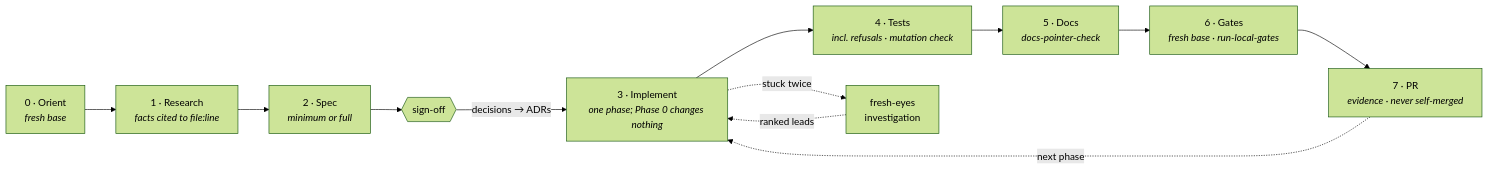
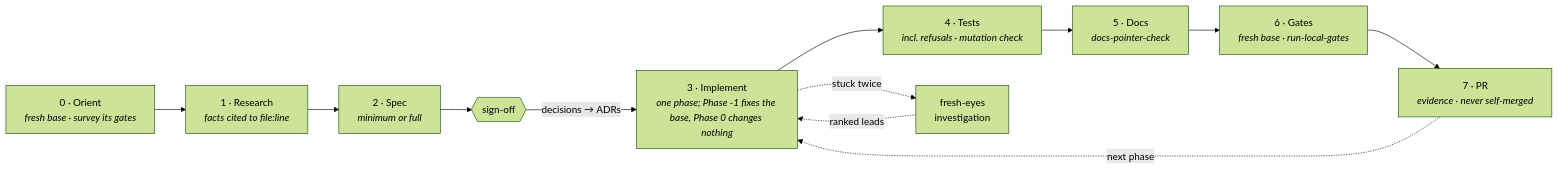
Before and after one commit to kumouri/mesmer-grimoire: the diagram in zethus/README.md, drawn with Mermaid (forest theme). The commit also changed other lines of this file and 22 other files, not shown here.

````diff
--- a/zethus/README.md
+++ b/zethus/README.md
@@ -17,14 +17,14 @@
 ```mermaid
 flowchart LR
-    O["0 · Orient<br/><i>fresh base</i>"] --> R["1 · Research<br/><i>facts cited to file:line</i>"]
+    O["0 · Orient<br/><i>fresh base · survey its gates</i>"] --> R["1 · Research<br/><i>facts cited to file:line</i>"]
     R --> S["2 · Spec<br/><i>minimum or full</i>"]
     S --> SO{{"sign-off"}}
-    SO -->|"decisions → ADRs"| I["3 · Implement<br/><i>one phase; Phase 0 changes nothing</i>"]
+    SO -->|"decisions → ADRs"| I["3 · Implement<br/><i>one phase; Phase -1 fixes the base, Phase 0 changes nothing</i>"]
     I --> T["4 · Tests<br/><i>incl. refusals · mutation check</i>"]
     T --> D["5 · Docs<br/><i>docs-pointer-check</i>"]
     D --> G["6 · Gates<br/><i>fresh base · run-local-gates</i>"]
     G --> P["7 · PR<br/><i>evidence · never self-merged</i>"]
     P -.->|"next phase"| I
     I -.->|"stuck twice"| F["fresh-eyes<br/>investigation"]
     F -.->|"ranked leads"| I
 ```
````
